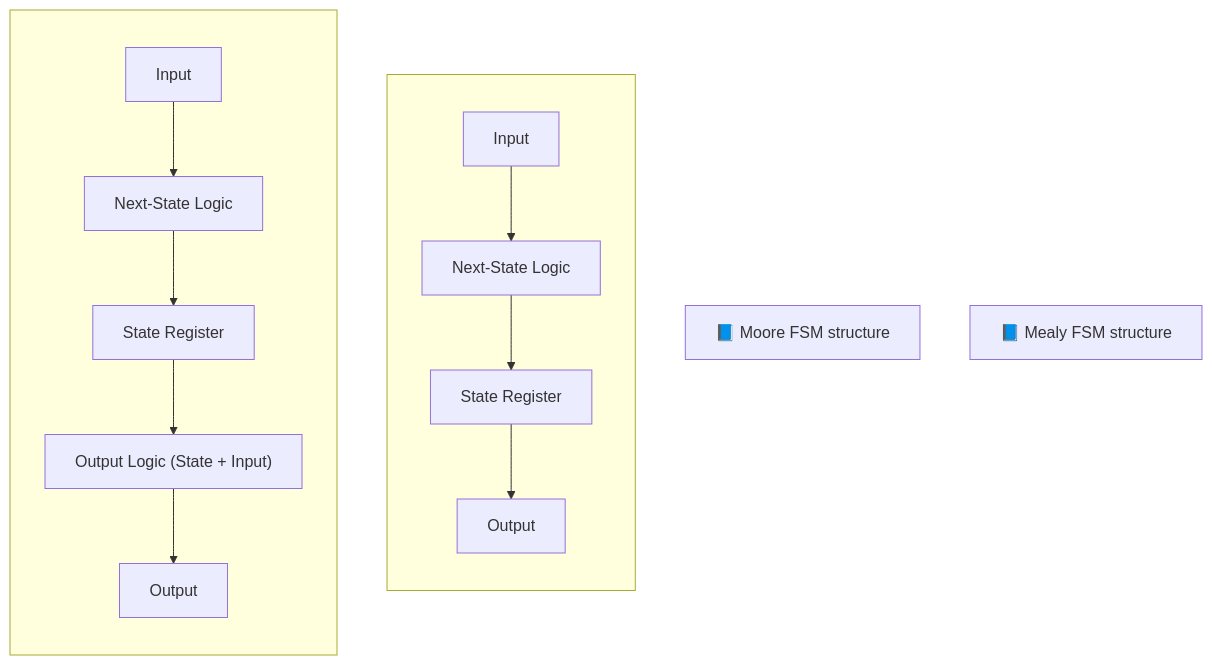
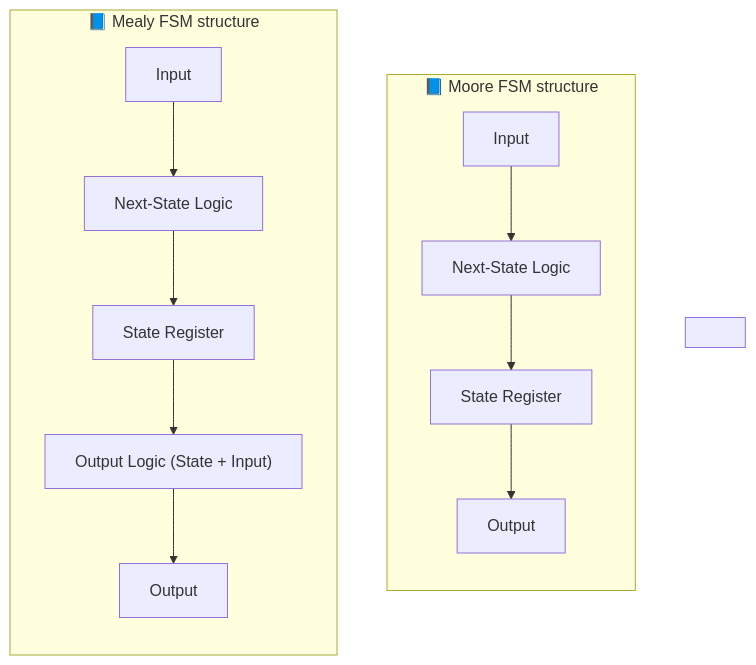
Before and after one commit to Samizo-AITL/Edusemi-v4x: the third of 3 diagrams in chapter2_comb_logic/2.6_fsm_intro.md, drawn with Mermaid.

````diff
--- a/chapter2_comb_logic/2.6_fsm_intro.md
+++ b/chapter2_comb_logic/2.6_fsm_intro.md
@@ -92,21 +92,27 @@
 ```mermaid
-flowchart TD
-    %% Moore FSM
-    click0[📘 Moore FSM structure]
-    subgraph MooreFSM[ ]
+flowchart TB
+
+    %% Moore FSM 構造
+    subgraph MooreFSM [📘 Moore FSM structure]
         direction TB
-        A1["Input"] --> A2["Next-State Logic"]
-        A2 --> A3["State Register"]
-        A3 --> A4["Output"]
+        M1["Input"]
+        M2["Next-State Logic"]
+        M3["State Register"]
+        M4["Output"]
+        M1 --> M2 --> M3 --> M4
     end
 
-    %% Mealy FSM
-    click1[📘 Mealy FSM structure]
-    subgraph MealyFSM[ ]
+    %% Spacer
+    Empty[ ]
+
+    %% Mealy FSM 構造
+    subgraph MealyFSM [📘 Mealy FSM structure]
         direction TB
-        B1["Input"] --> B2["Next-State Logic"]
-        B2 --> B3["State Register"]
-        B3 --> B4["Output Logic (State + Input)"]
-        B4 --> B5["Output"]
+        E1["Input"]
+        E2["Next-State Logic"]
+        E3["State Register"]
+        E4["Output Logic (State + Input)"]
+        E5["Output"]
+        E1 --> E2 --> E3 --> E4 --> E5
     end
 ```
````
